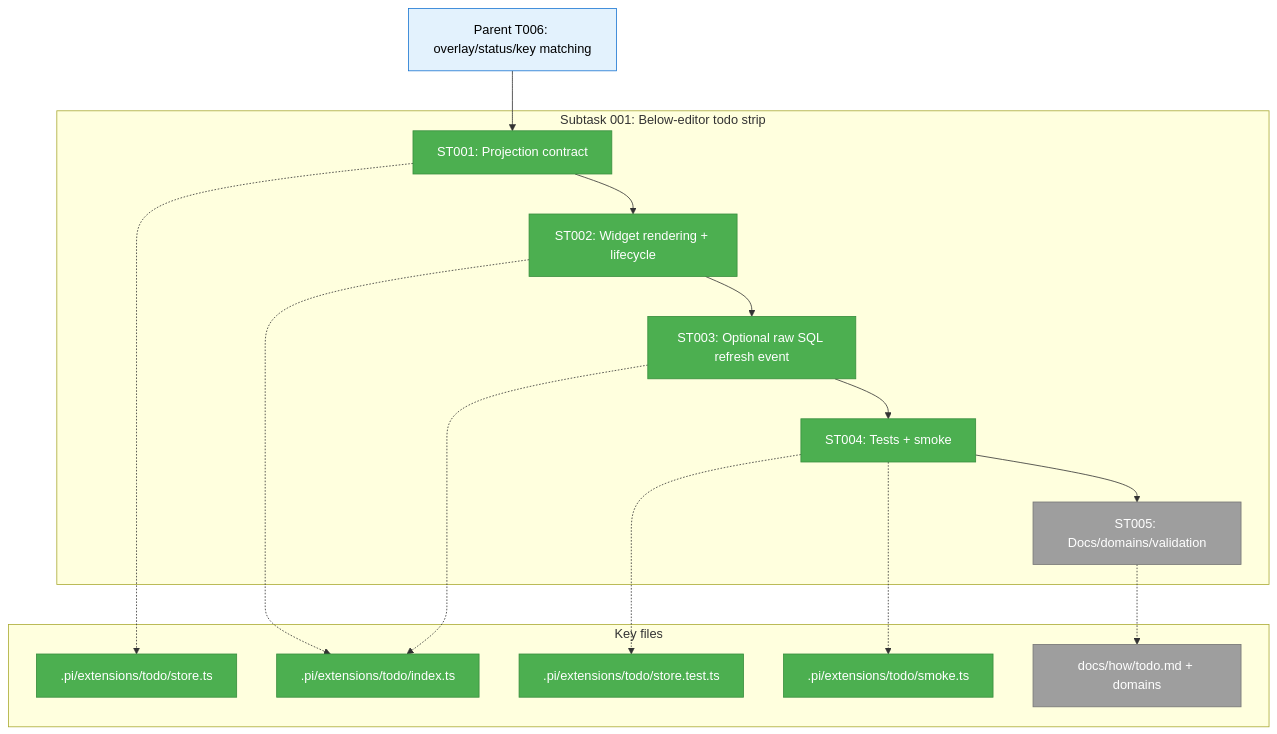
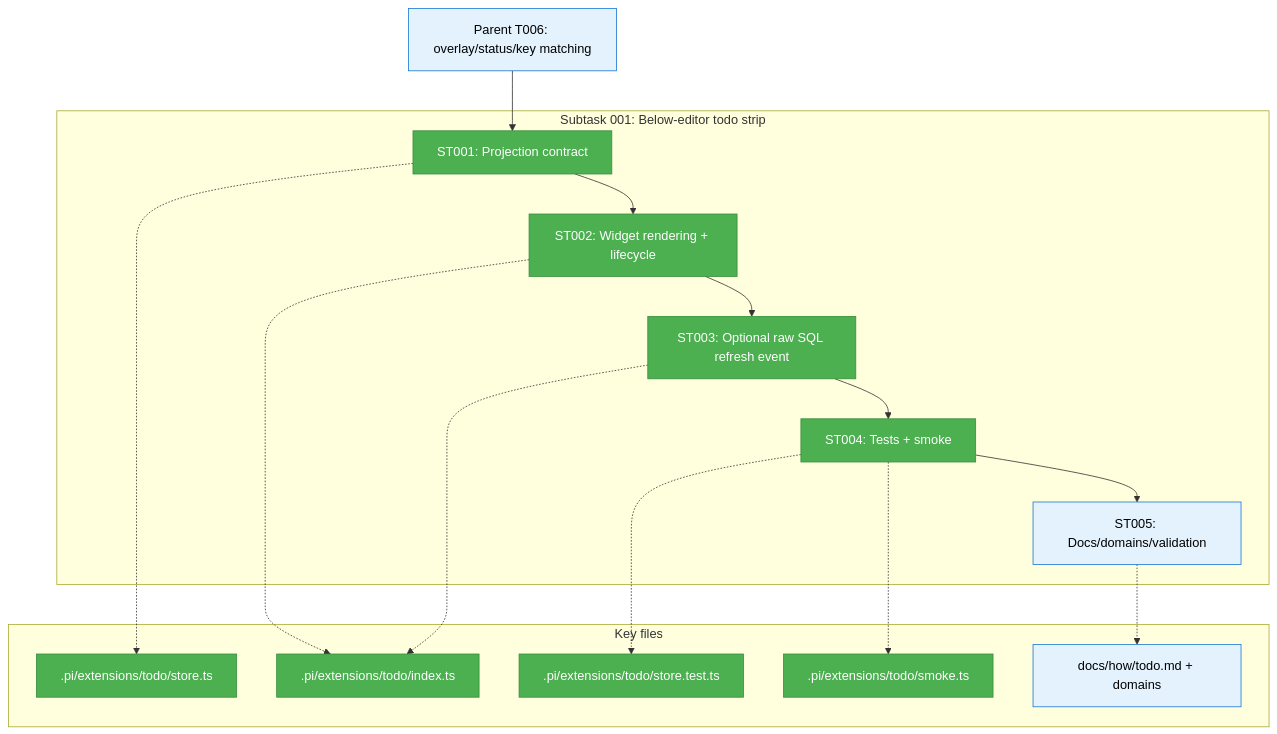
The first of 3 diagrams in docs/plans/010-sql-backed-todo-extension/tasks/phase-1-store-full-ux-validation-docs-domains/001-subtask-claude-code-style-below-editor-todo-strip.md (vaughanknight/pij), drawn with Mermaid before and after one commit. The commit also changed other lines of this file and 11 other files, not shown here.

````diff
--- a/docs/plans/010-sql-backed-todo-extension/tasks/phase-1-store-full-ux-validation-docs-domains/001-subtask-claude-code-style-below-editor-todo-strip.md
+++ b/docs/plans/010-sql-backed-todo-extension/tasks/phase-1-store-full-ux-validation-docs-domains/001-subtask-claude-code-style-below-editor-todo-strip.md
@@ -90,37 +90,37 @@
 ```mermaid
 flowchart TD
     classDef pending fill:#9E9E9E,stroke:#757575,color:#fff
     classDef completed fill:#4CAF50,stroke:#388E3C,color:#fff
     classDef parent fill:#E3F2FD,stroke:#1976D2,color:#000
 
     Parent["Parent T006: overlay/status/key matching"]:::parent
 
     subgraph Subtask["Subtask 001: Below-editor todo strip"]
         ST001["ST001: Projection contract"]:::completed
         ST002["ST002: Widget rendering + lifecycle"]:::completed
         ST003["ST003: Optional raw SQL refresh event"]:::completed
         ST004["ST004: Tests + smoke"]:::completed
-        ST005["ST005: Docs/domains/validation"]:::pending
+        ST005["ST005: Docs/domains/validation"]:::parent
         ST001 --> ST002
         ST002 --> ST003
         ST003 --> ST004
         ST004 --> ST005
     end
 
     Parent --> ST001
 
     subgraph Files["Key files"]
         Store[".pi/extensions/todo/store.ts"]:::completed
         Index[".pi/extensions/todo/index.ts"]:::completed
         Tests[".pi/extensions/todo/store.test.ts"]:::completed
         Smoke[".pi/extensions/todo/smoke.ts"]:::completed
-        Docs["docs/how/todo.md + domains"]:::pending
+        Docs["docs/how/todo.md + domains"]:::parent
     end
 
     ST001 -.-> Store
     ST002 -.-> Index
     ST003 -.-> Index
     ST004 -.-> Tests
     ST004 -.-> Smoke
     ST005 -.-> Docs
 ```
````
